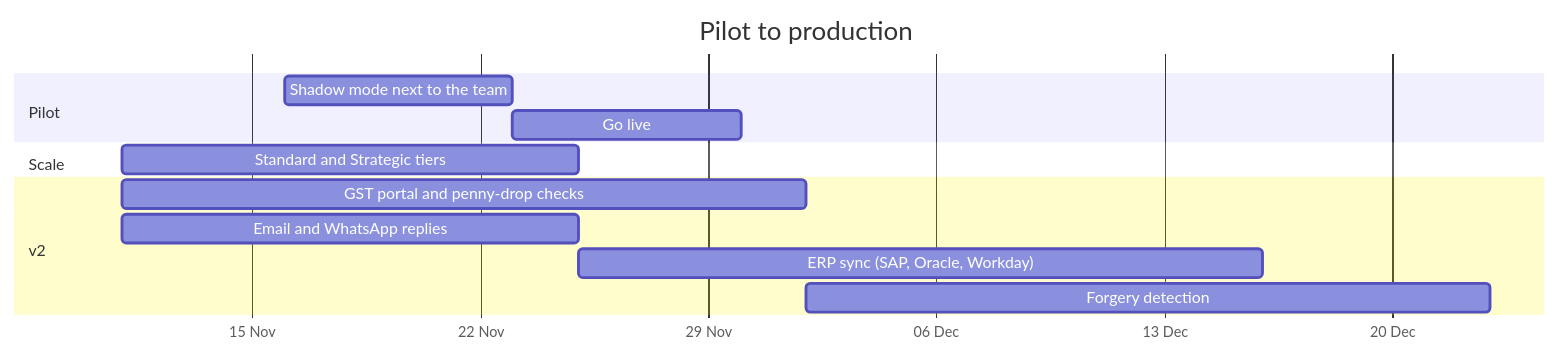
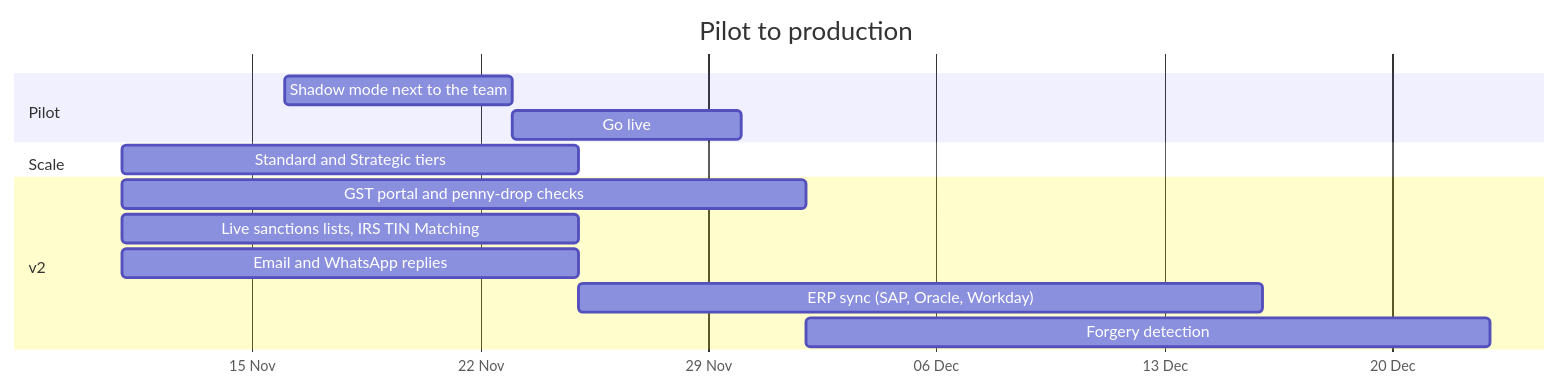
One commit to codingcat101/vendor-onboarding changed the ninth of 9 diagrams in README.md. Above: the diagram before and after it, drawn with Mermaid. The commit also changed other lines of this file and 1 other file, not shown here.

````diff
--- a/README.md
+++ b/README.md
@@ -396,16 +436,17 @@
 ```mermaid
 gantt
     title Pilot to production
     dateFormat YYYY-MM-DD
     axisFormat %d %b
     section Pilot
     Shadow mode next to the team    :p1, 2026-11-16, 7d
     Go live: Low tier               :p2, after p1, 7d
     section Scale
     Standard and Strategic tiers    :s1, after p2, 14d
     section v2
     GST portal and penny-drop checks :v1, after p2, 21d
+    Live sanctions lists, IRS TIN Matching :v5, after p2, 14d
     Email and WhatsApp replies       :v2, after p2, 14d
     ERP sync (SAP, Oracle, Workday)  :v3, after v2, 21d
     Forgery detection                :v4, after v1, 21d
 ```
````
